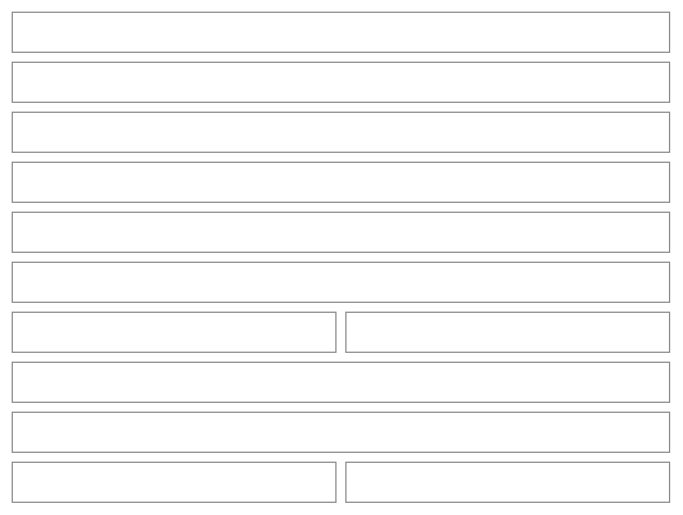
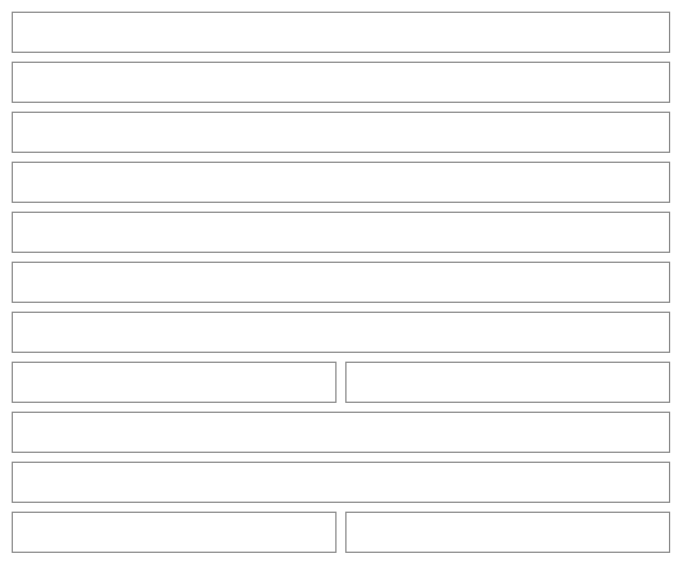
Before and after one commit to NovaMoonX/moondreams-dev-apps: diagram 20 of 46 in src/apps/pinch/UX.md, drawn with Mermaid. The commit also changed other lines of this file and 39 other files, not shown here.

````diff
--- a/src/apps/pinch/UX.md
+++ b/src/apps/pinch/UX.md
@@ -636,29 +646,31 @@
 ```mermaid
 %%{init: {'theme': 'base', 'themeVariables': {'primaryColor': 'transparent', 'primaryBorderColor': '#888888', 'primaryTextColor': '#333333', 'lineColor': '#888888'}}}%%
 block-beta
   columns 2
   T1["Adobo chicken"]:2
   T2["🍽️ 4 servings · 🔪 Prep 10 min · ⏲️ Cook 35 min · 📖 From Serious Eats"]:2
+  T3["✅ Cooked 3 times · last Oct 12 (only once it has been cooked)"]:2
   T4["Cost $12.80 ⚠ · $3.20 per serving"]:2
   T5["🔥 495 · 💪 61g · 🌾 3g · 🥑 25g (when on)"]:2
   T6["2 ingredients need a price · Add prices   ✕"]:2
   T7["INGREDIENTS 6"]:2
   T8["Chicken thighs"]:1
   T9["2 lb"]:1
   T10["STEPS"]:2
   T11["1. Marinate the chicken…"]:2
   T12["Modify"]:1
   T13["Add to calendar"]:1
   style T1 fill:transparent,stroke:#888888,stroke-width:1px;
   style T2 fill:transparent,stroke:#888888,stroke-width:1px;
+  style T3 fill:transparent,stroke:#888888,stroke-width:1px;
   style T4 fill:transparent,stroke:#888888,stroke-width:1px;
   style T5 fill:transparent,stroke:#888888,stroke-width:1px;
   style T6 fill:transparent,stroke:#888888,stroke-width:1px;
   style T7 fill:transparent,stroke:#888888,stroke-width:1px;
   style T8 fill:transparent,stroke:#888888,stroke-width:1px;
   style T9 fill:transparent,stroke:#888888,stroke-width:1px;
   style T10 fill:transparent,stroke:#888888,stroke-width:1px;
   style T11 fill:transparent,stroke:#888888,stroke-width:1px;
   style T12 fill:transparent,stroke:#888888,stroke-width:1px;
   style T13 fill:transparent,stroke:#888888,stroke-width:1px;
 ```
````
